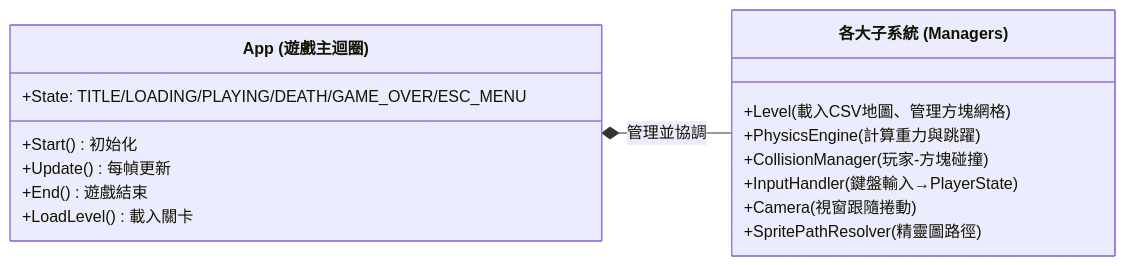
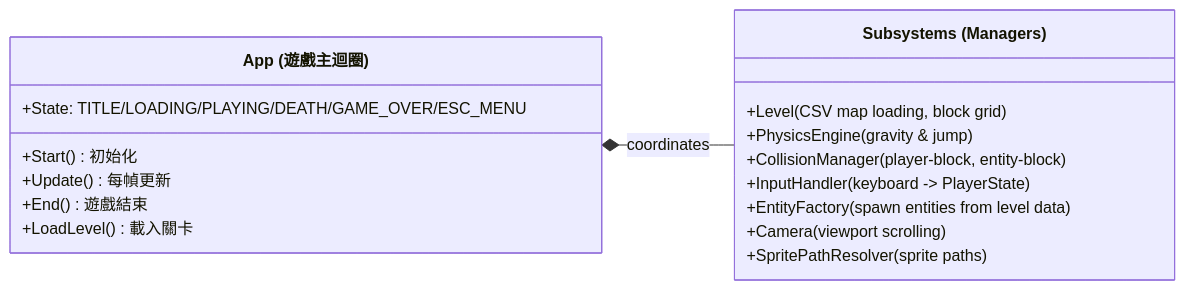
One commit to Andy87877/NTUT_OOPL_mario changed the second of 13 diagrams in Constructure.md. Above: the diagram before and after it, drawn with Mermaid. The commit also changed other lines of this file and 19 other files, not shown here.

Commit message:
feature: Coordinates and Rendering & Entity System.

````diff
--- a/Constructure.md
+++ b/Constructure.md
@@ -83,23 +86,24 @@
 ```mermaid
 classDiagram
     direction LR
 
     class App["App (遊戲主迴圈)"] {
         +Start() 初始化
         +Update() 每幀更新
         +End() 遊戲結束
         +LoadLevel() 載入關卡
         +State: TITLE/LOADING/PLAYING/DEATH/GAME_OVER/ESC_MENU
     }
 
-    class Managers["各大子系統 (Managers)"] {
-        +Level (載入CSV地圖、管理方塊網格)
-        +PhysicsEngine (計算重力與跳躍)
-        +CollisionManager (玩家-方塊碰撞)
-        +InputHandler (鍵盤輸入→PlayerState)
-        +Camera (視窗跟隨捲動)
-        +SpritePathResolver (精靈圖路徑)
+    class Managers["Subsystems (Managers)"] {
+        +Level (CSV map loading, block grid)
+        +PhysicsEngine (gravity & jump)
+        +CollisionManager (player-block, entity-block)
+        +InputHandler (keyboard -> PlayerState)
+        +EntityFactory (spawn entities from level data)
+        +Camera (viewport scrolling)
+        +SpritePathResolver (sprite paths)
     }
 
-    App *-- Managers : 管理並協調
+    App *-- Managers : coordinates
 ```
````
